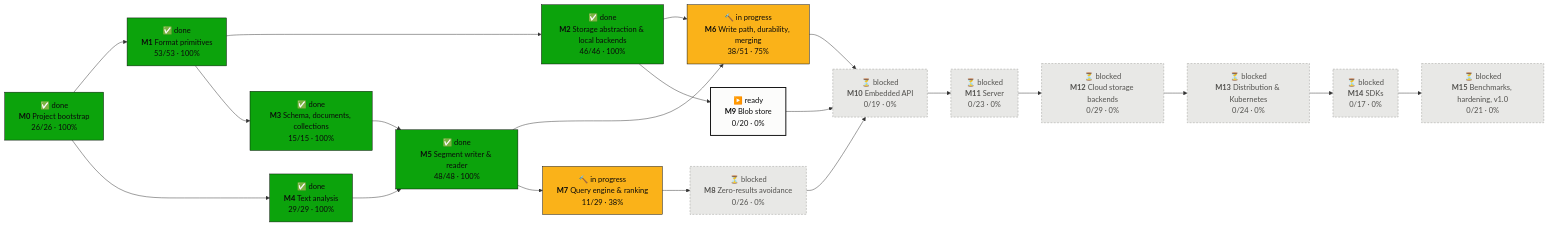
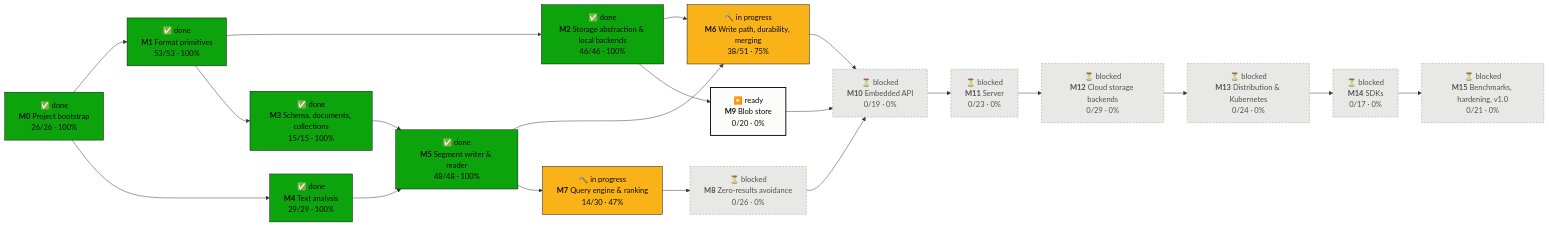
Before and after one commit to tomiok/persiaDB: the first of 2 diagrams in PROGRESS.md, drawn with Mermaid. The commit also changed other lines of this file and 18 other files, not shown here.

First line of the commit message:
Matching, phrases and top-k (ROADMAP 7.4.1–7.4.3) (#50)

````diff
--- a/PROGRESS.md
+++ b/PROGRESS.md
@@ -16,42 +16,42 @@
 ```mermaid
 flowchart LR
   M0["✅ done<br/><b>M0</b> Project bootstrap<br/>26/26 · 100%"]:::done
   M1["✅ done<br/><b>M1</b> Format primitives<br/>53/53 · 100%"]:::done
   M2["✅ done<br/><b>M2</b> Storage abstraction & local backends<br/>46/46 · 100%"]:::done
   M3["✅ done<br/><b>M3</b> Schema, documents, collections<br/>15/15 · 100%"]:::done
   M4["✅ done<br/><b>M4</b> Text analysis<br/>29/29 · 100%"]:::done
   M5["✅ done<br/><b>M5</b> Segment writer & reader<br/>48/48 · 100%"]:::done
   M6["🔨 in progress<br/><b>M6</b> Write path, durability, merging<br/>38/51 · 75%"]:::doing
-  M7["🔨 in progress<br/><b>M7</b> Query engine & ranking<br/>11/29 · 38%"]:::doing
+  M7["🔨 in progress<br/><b>M7</b> Query engine & ranking<br/>14/30 · 47%"]:::doing
   M8["⏳ blocked<br/><b>M8</b> Zero-results avoidance<br/>0/26 · 0%"]:::blocked
   M9["▶️ ready<br/><b>M9</b> Blob store<br/>0/20 · 0%"]:::ready
   M10["⏳ blocked<br/><b>M10</b> Embedded API<br/>0/19 · 0%"]:::blocked
   M11["⏳ blocked<br/><b>M11</b> Server<br/>0/23 · 0%"]:::blocked
   M12["⏳ blocked<br/><b>M12</b> Cloud storage backends<br/>0/29 · 0%"]:::blocked
   M13["⏳ blocked<br/><b>M13</b> Distribution & Kubernetes<br/>0/24 · 0%"]:::blocked
   M14["⏳ blocked<br/><b>M14</b> SDKs<br/>0/17 · 0%"]:::blocked
   M15["⏳ blocked<br/><b>M15</b> Benchmarks, hardening, v1.0<br/>0/21 · 0%"]:::blocked
   M0 --> M1
   M1 --> M2
   M1 --> M3
   M0 --> M4
   M3 --> M5
   M4 --> M5
   M2 --> M6
   M5 --> M6
   M5 --> M7
   M7 --> M8
   M2 --> M9
   M6 --> M10
   M8 --> M10
   M9 --> M10
   M10 --> M11
   M11 --> M12
   M12 --> M13
   M13 --> M14
   M14 --> M15
   classDef done fill:#0ca30c,stroke:#0b0b0b,color:#0b0b0b
   classDef doing fill:#fab219,stroke:#0b0b0b,color:#0b0b0b
   classDef ready fill:#fcfcfb,stroke:#0b0b0b,stroke-width:2px,color:#0b0b0b
   classDef blocked fill:#e8e8e6,stroke:#9a9a96,stroke-dasharray:4 3,color:#52514e
 ```
````
